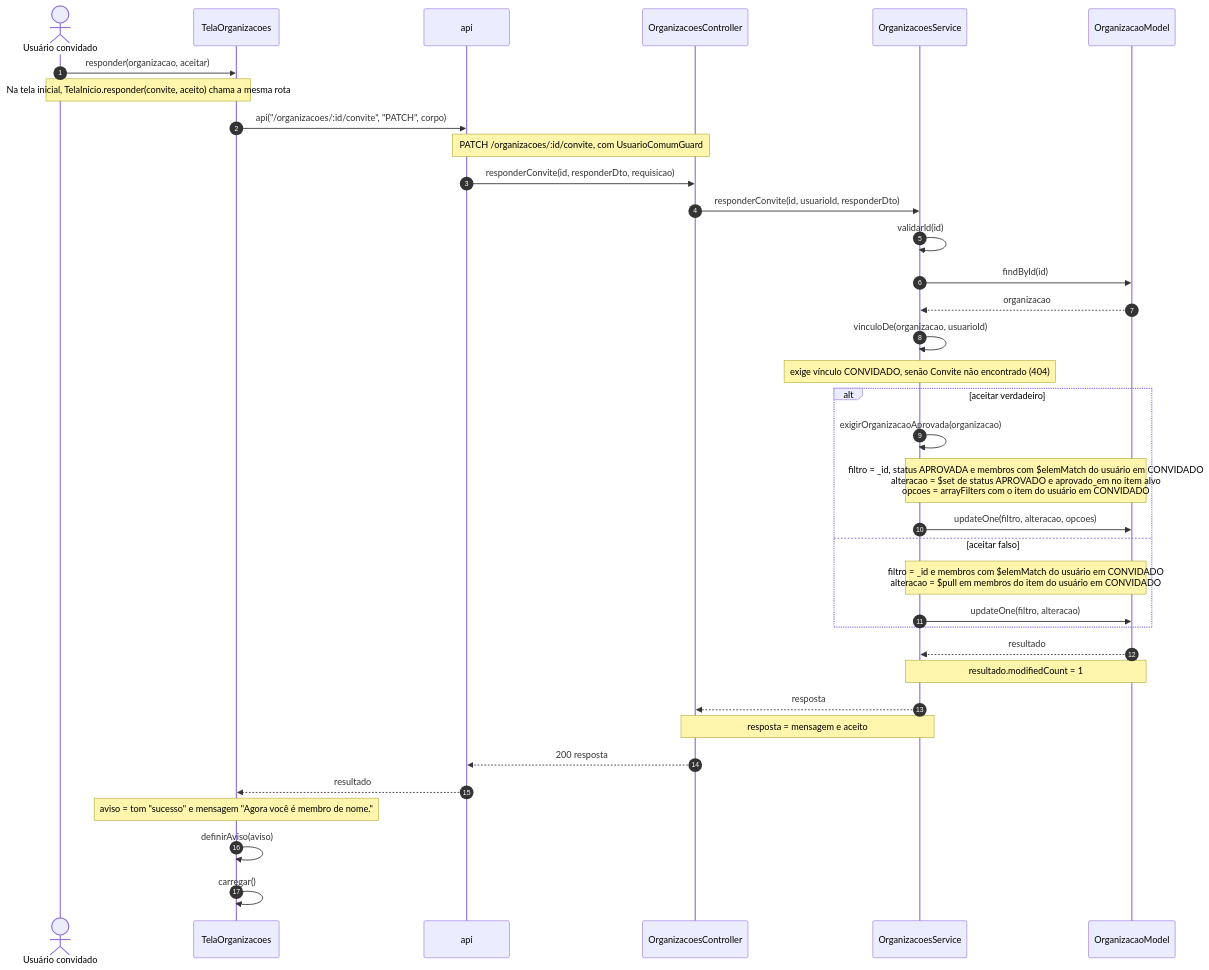
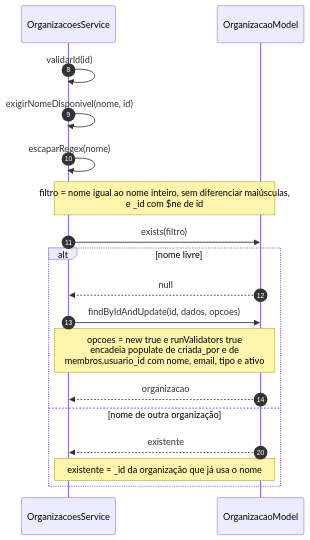
One commit to Conecta-IFSP/DOCUMENTATION changed diagram 18 of 47 in 2 - Incremento 1/cadastro-organizacao/6 - diagramas-sequencia-cadastro-organizacao.md. Above: the diagram before and after it, drawn with Mermaid. The commit also changed other lines of this file and 5 other files, not shown here.

Commit message:
Divide os diagramas de sequência dos incrementos 1 e 2 em partes legíveis

````diff
--- a/2 - Incremento 1/cadastro-organizacao/6 - diagramas-sequencia-cadastro-organizacao.md
+++ b/2 - Incremento 1/cadastro-organizacao/6 - diagramas-sequencia-cadastro-organizacao.md
@@ -497,38 +410,21 @@
 ```mermaid
 sequenceDiagram
-    autonumber
-    actor U as Usuário convidado
-    participant T as TelaOrganizacoes
-    participant A as api
-    participant C as OrganizacoesController
+    autonumber 8
     participant S as OrganizacoesService
     participant M as OrganizacaoModel
-    U->>T: responder(organizacao, aceitar)
-    Note over U,T: Na tela inicial, TelaInicio.responder(convite, aceito) chama a mesma rota
-    T->>A: api("/organizacoes/:id/convite", "PATCH", corpo)
-    Note over A,C: PATCH /organizacoes/:id/convite, com UsuarioComumGuard
-    A->>C: responderConvite(id, responderDto, requisicao)
-    C->>S: responderConvite(id, usuarioId, responderDto)
     S->>S: validarId(id)
-    S->>M: findById(id)
-    M-->>S: organizacao
-    S->>S: vinculoDe(organizacao, usuarioId)
-    Note over S: exige vínculo CONVIDADO, senão Convite não encontrado (404)
-    alt aceitar verdadeiro
-        S->>S: exigirOrganizacaoAprovada(organizacao)
-        Note over S,M: filtro = _id, status APROVADA e membros com $elemMatch do usuário em CONVIDADO<br/>alteracao = $set de status APROVADO e aprovado_em no item alvo<br/>opcoes = arrayFilters com o item do usuário em CONVIDADO
-        S->>M: updateOne(filtro, alteracao, opcoes)
-    else aceitar falso
-        Note over S,M: filtro = _id e membros com $elemMatch do usuário em CONVIDADO<br/>alteracao = $pull em membros do item do usuário em CONVIDADO
-        S->>M: updateOne(filtro, alteracao)
+    S->>S: exigirNomeDisponivel(nome, id)
+    S->>S: escaparRegex(nome)
+    Note over S,M: filtro = nome igual ao nome inteiro, sem diferenciar maiúsculas,<br/>e _id com $ne de id
+    S->>M: exists(filtro)
+    alt nome livre
+        M-->>S: null
+        S->>M: findByIdAndUpdate(id, dados, opcoes)
+        Note over S,M: opcoes = new true e runValidators true<br/>encadeia populate de criada_por e de<br/>membros.usuario_id com nome, email, tipo e ativo
+        M-->>S: organizacao
+    else nome de outra organização
+        autonumber 20
+        M-->>S: existente
+        Note over S,M: existente = _id da organização que já usa o nome
     end
-    M-->>S: resultado
-    Note over S,M: resultado.modifiedCount = 1
-    S-->>C: resposta
-    Note over C,S: resposta = mensagem e aceito
-    C-->>A: 200 resposta
-    A-->>T: resultado
-    Note over T: aviso = tom "sucesso" e mensagem "Agora você é membro de nome."
-    T->>T: definirAviso(aviso)
-    T->>T: carregar()
 ```
````
